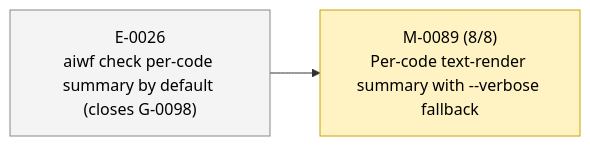
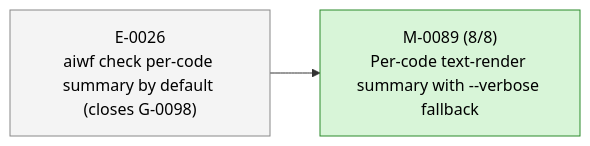
The second of 2 diagrams in STATUS.md (23min/aiwf), drawn with Mermaid before and after one commit. The commit also changed other lines of this file and 1 other file, not shown here.

First line of the commit message:
aiwf promote M-0089 in_progress -> done

````diff
--- a/STATUS.md
+++ b/STATUS.md
@@ -51,12 +51,12 @@
 ```mermaid
 flowchart LR
   E_0026["E-0026<br/>aiwf check per-code summary by default (closes G-0098)"]:::epic_proposed
-  M_0089["M-0089 (8/8)<br/>Per-code text-render summary with --verbose fallback"]:::ms_in_progress
+  M_0089["M-0089 (8/8)<br/>Per-code text-render summary with --verbose fallback"]:::ms_done
   E_0026 --> M_0089
   classDef epic_active fill:#d6eaff,stroke:#1a73e8,color:#000
   classDef epic_proposed fill:#f4f4f4,stroke:#888,color:#000
   classDef ms_done fill:#d8f5d8,stroke:#2a8a2a,color:#000
   classDef ms_in_progress fill:#fff3c4,stroke:#caa400,color:#000
   classDef ms_draft fill:#f4f4f4,stroke:#888,color:#000
   classDef ms_cancelled fill:#fbeaea,stroke:#c33,color:#000
 ```
````
